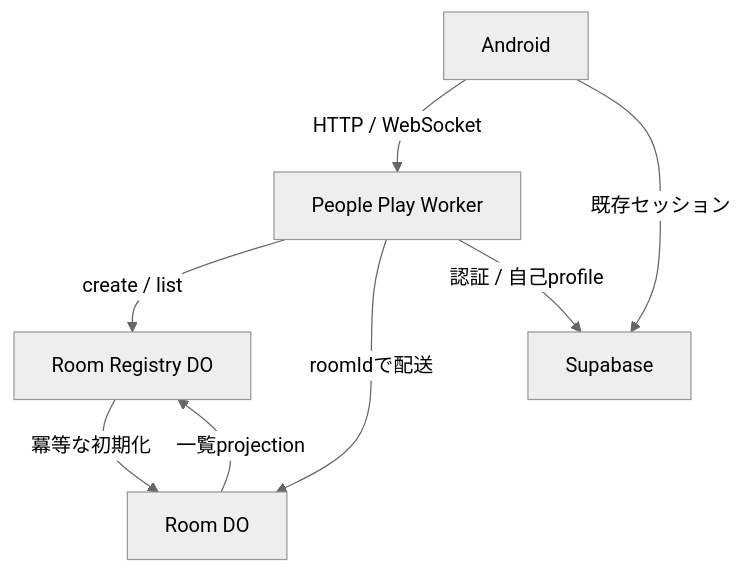
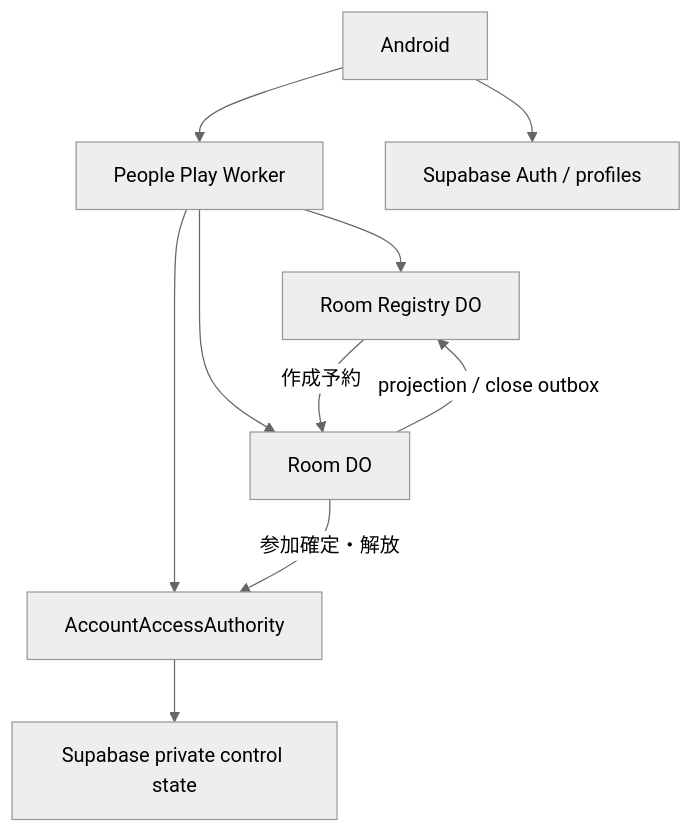
One commit to shinp-dev/othello changed the first of 4 diagrams in docs/02_オンライン対局/新ふたり対戦_DO_WebSocket設計.md. Above: the diagram before and after it, drawn with Mermaid (neutral theme). The commit also changed other lines of this file, not shown here.

Commit message:
docs: specify People Play absence, room reuse and session policies

````diff
--- a/docs/02_オンライン対局/新ふたり対戦_DO_WebSocket設計.md
+++ b/docs/02_オンライン対局/新ふたり対戦_DO_WebSocket設計.md
@@ -68,10 +74,12 @@
 ```mermaid
 flowchart TD
-    A[Android] -->|HTTP / WebSocket| W[People Play Worker]
-    W -->|create / list| R[Room Registry DO]
-    W -->|roomIdで配送| D[Room DO]
-    R -->|冪等な初期化| D
-    D -->|一覧projection| R
-    W -->|認証 / 自己profile| S[Supabase]
-    A -->|既存セッション| S
+    A[Android] --> W[People Play Worker]
+    A --> S[Supabase Auth / profiles]
+    W --> U[AccountAccessAuthority]
+    U --> P[Supabase private control state]
+    W --> R[Room Registry DO]
+    W --> D[Room DO]
+    R -->|作成予約| D
+    D -->|projection / close outbox| R
+    D -->|参加確定・解放| U
 ```
````
